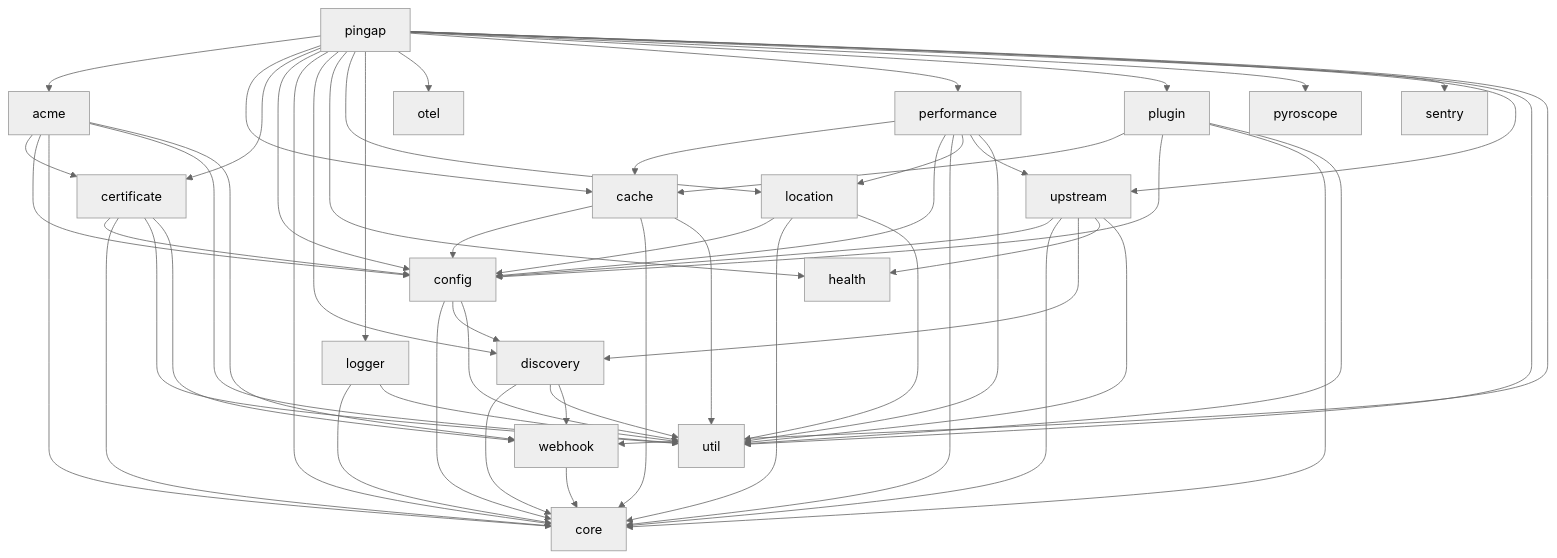
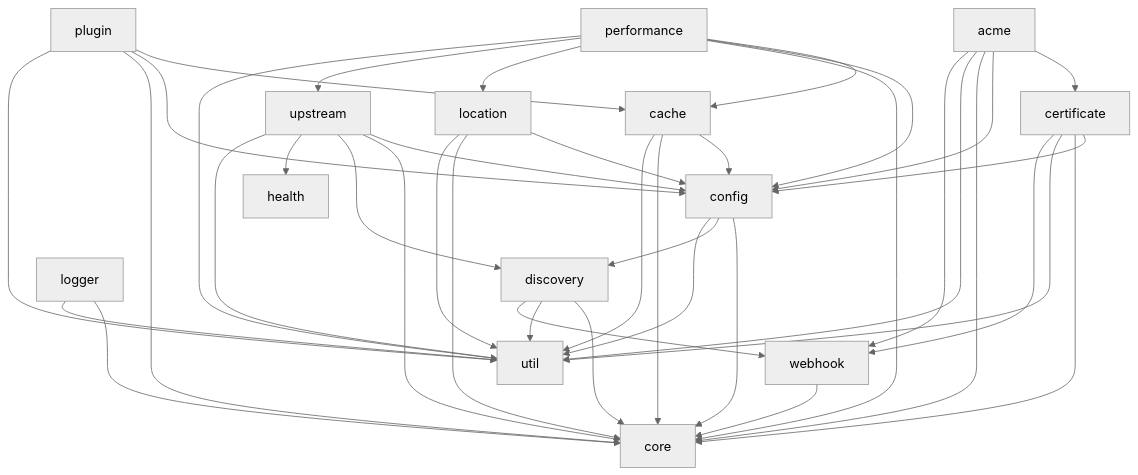
The diagram in docs/modules.md (vicanso/pingap), drawn with Mermaid (neutral theme) before and after one commit. The commit also changed other lines of this file and 4 other files, not shown here.

````diff
--- a/docs/modules.md
+++ b/docs/modules.md
@@ -3,70 +21,52 @@
 ```mermaid
 graph TD
     acme --> certificate
     acme --> config
     acme --> core
     acme --> util
     acme --> webhook
 
     cache --> config
     cache --> core
     cache --> util
 
     certificate --> config
     certificate --> core
     certificate --> util
     certificate --> webhook
 
     config --> core
     config --> discovery
     config --> util
 
     discovery --> core
     discovery --> util
     discovery --> webhook
 
     location --> config
     location --> core
     location --> util
 
     logger --> core
     logger --> util
 
     performance --> cache
     performance --> config
     performance --> core
     performance --> location
     performance --> upstream
     performance --> util
 
     plugin --> cache
     plugin --> config
     plugin --> core
     plugin --> util
 
     upstream --> config
     upstream --> core
     upstream --> discovery
     upstream --> health
     upstream --> util
 
     webhook --> core
-
-    pingap --> acme
-    pingap --> cache
-    pingap --> certificate
-    pingap --> config
-    pingap --> core
-    pingap --> discovery
-    pingap --> health
-    pingap --> location
-    pingap --> logger
-    pingap --> otel
-    pingap --> performance
-    pingap --> plugin
-    pingap --> pyroscope
-    pingap --> sentry
-    pingap --> upstream
-    pingap --> util
-    pingap --> webhook
 ```
````
